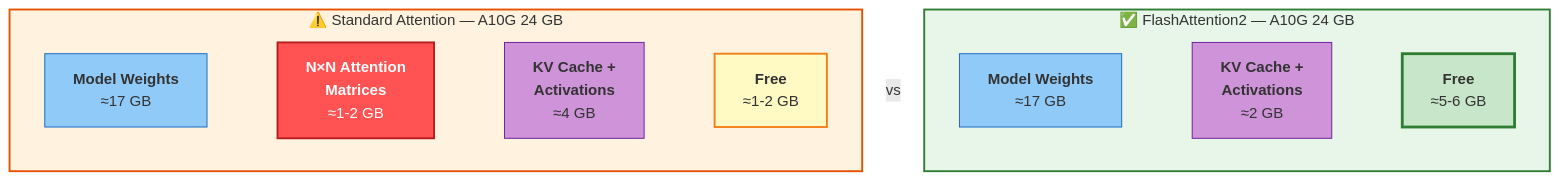
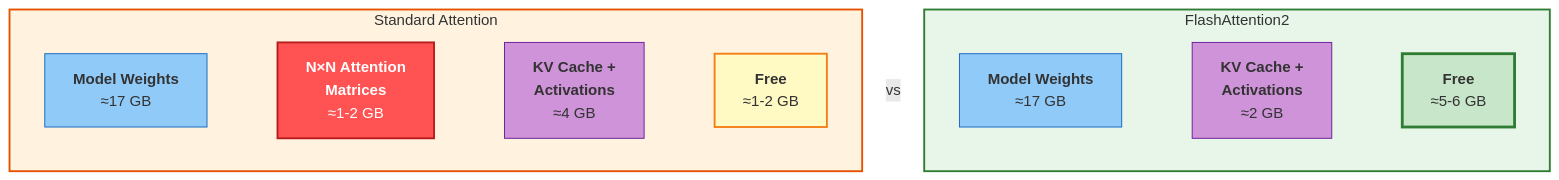
One commit to tmnestor/LMM_POC changed the fifth of 6 diagrams in docs/standard_vs_flash_attention.md. Above: the diagram before and after it, drawn with Mermaid.

Commit message:
🐛 fix: shorten subgraph titles in memory budget diagram to prevent clipping

````diff
--- a/docs/standard_vs_flash_attention.md
+++ b/docs/standard_vs_flash_attention.md
@@ -133,31 +133,31 @@
 ```mermaid
 flowchart LR
-    subgraph STD["⚠️ Standard Attention — A10G 24 GB"]
+    subgraph STD["Standard Attention"]
         direction LR
         SM_model["<b>Model Weights</b><br/>≈17 GB"]
         SM_attn["<b>N×N Attention</b><br/><b>Matrices</b><br/>≈1-2 GB"]
         SM_kv["<b>KV Cache +</b><br/><b>Activations</b><br/>≈4 GB"]
         SM_free["<b>Free</b><br/>≈1-2 GB"]
         SM_model ~~~ SM_attn ~~~ SM_kv ~~~ SM_free
     end
 
     STD ~~~|"vs"| FA2
 
-    subgraph FA2["✅ FlashAttention2 — A10G 24 GB"]
+    subgraph FA2["FlashAttention2"]
         direction LR
         FM_model["<b>Model Weights</b><br/>≈17 GB"]
         FM_kv["<b>KV Cache +</b><br/><b>Activations</b><br/>≈2 GB"]
         FM_free["<b>Free</b><br/>≈5-6 GB"]
         FM_model ~~~ FM_kv ~~~ FM_free
     end
 
     style SM_attn fill:#FF5252,color:#fff,stroke:#B71C1C,stroke-width:2px
     style SM_free fill:#FFF9C4,stroke:#F57F17,stroke-width:2px
     style FM_free fill:#C8E6C9,stroke:#2E7D32,stroke-width:3px
     style STD fill:#FFF3E0,stroke:#E65100,stroke-width:2px
     style FA2 fill:#E8F5E9,stroke:#2E7D32,stroke-width:2px
     style SM_model fill:#90CAF9,stroke:#1565C0
     style FM_model fill:#90CAF9,stroke:#1565C0
     style SM_kv fill:#CE93D8,stroke:#6A1B9A
     style FM_kv fill:#CE93D8,stroke:#6A1B9A
 ```
````
